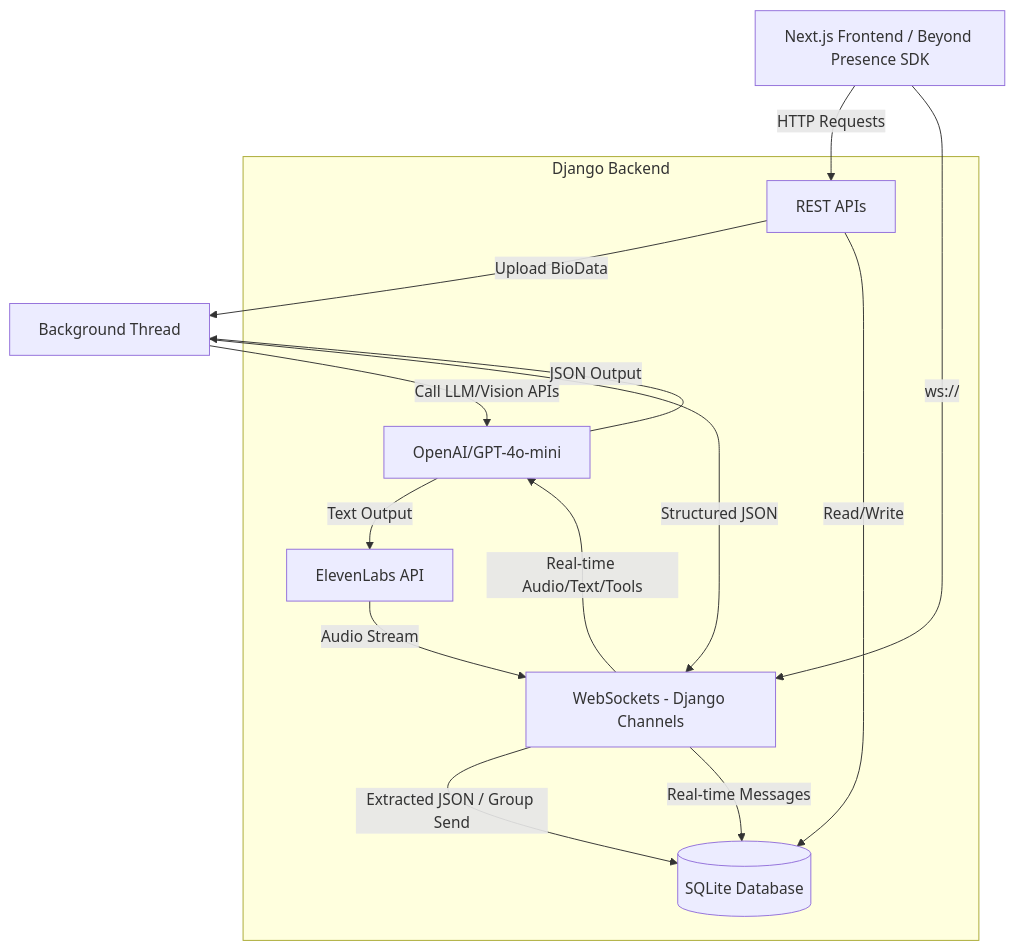
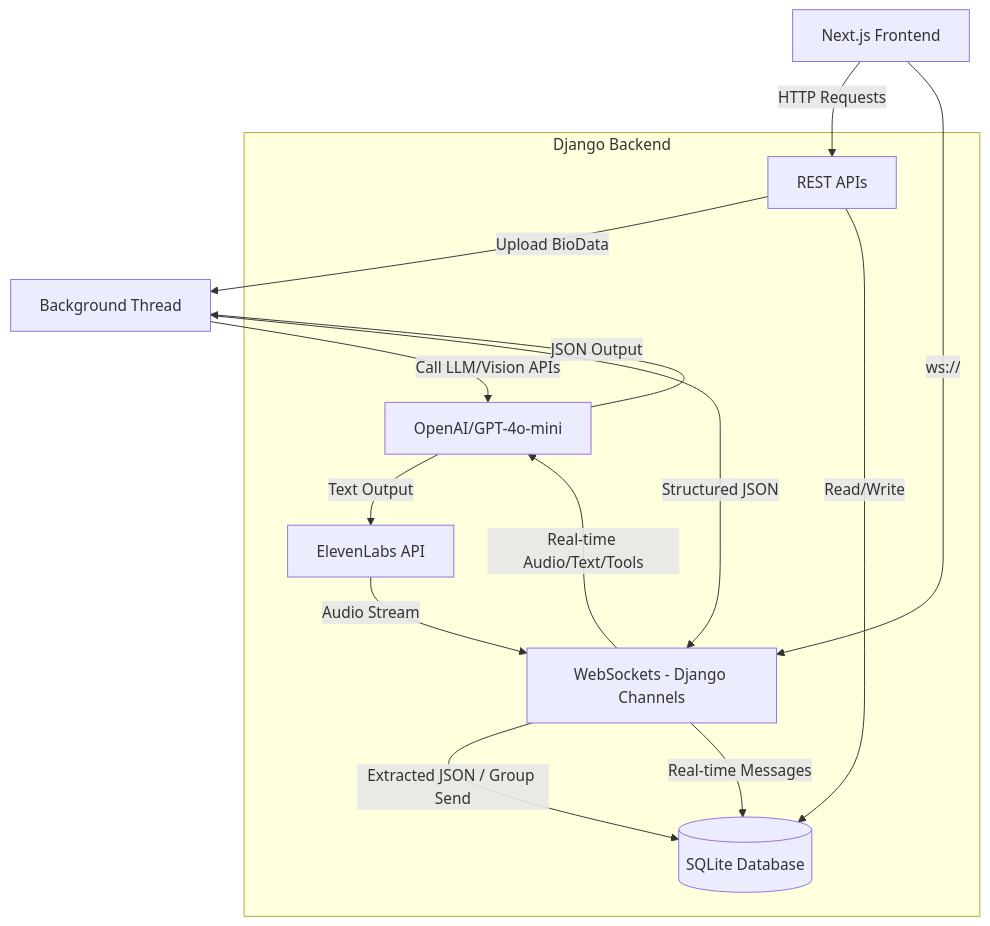
The diagram in README.md (gentleakshit69/haldimahendi-website-), drawn with Mermaid before and after one commit. The commit also changed other lines of this file and 18 other files, not shown here.

````diff
--- a/README.md
+++ b/README.md
@@ -30,28 +24,28 @@
 ```mermaid
 graph TD
-    Client[Next.js Frontend / Beyond Presence SDK]
+    Client[Next.js Frontend]
     
     subgraph DjangoBackend ["Django Backend"]
         REST[REST APIs]
         WS[WebSockets - Django Channels]
         DB[(SQLite Database)]
         LLM[OpenAI/GPT-4o-mini]
         TTS[ElevenLabs API]
     end
 
     Client -- HTTP Requests --> REST
     Client -- ws:// --> WS
     
     REST -- Upload BioData --> ParserTask[Background Thread]
     ParserTask -- Call LLM/Vision APIs --> LLM
     LLM -- JSON Output --> ParserTask
     ParserTask -- Structured JSON --> WS
     
     WS -- Real-time Audio/Text/Tools --> LLM
     LLM -- Text Output --> TTS
     TTS -- Audio Stream --> WS
     WS -- Extracted JSON / Group Send --> DB
     
     REST -- Read/Write --> DB
     WS -- Real-time Messages --> DB
 ```
````
